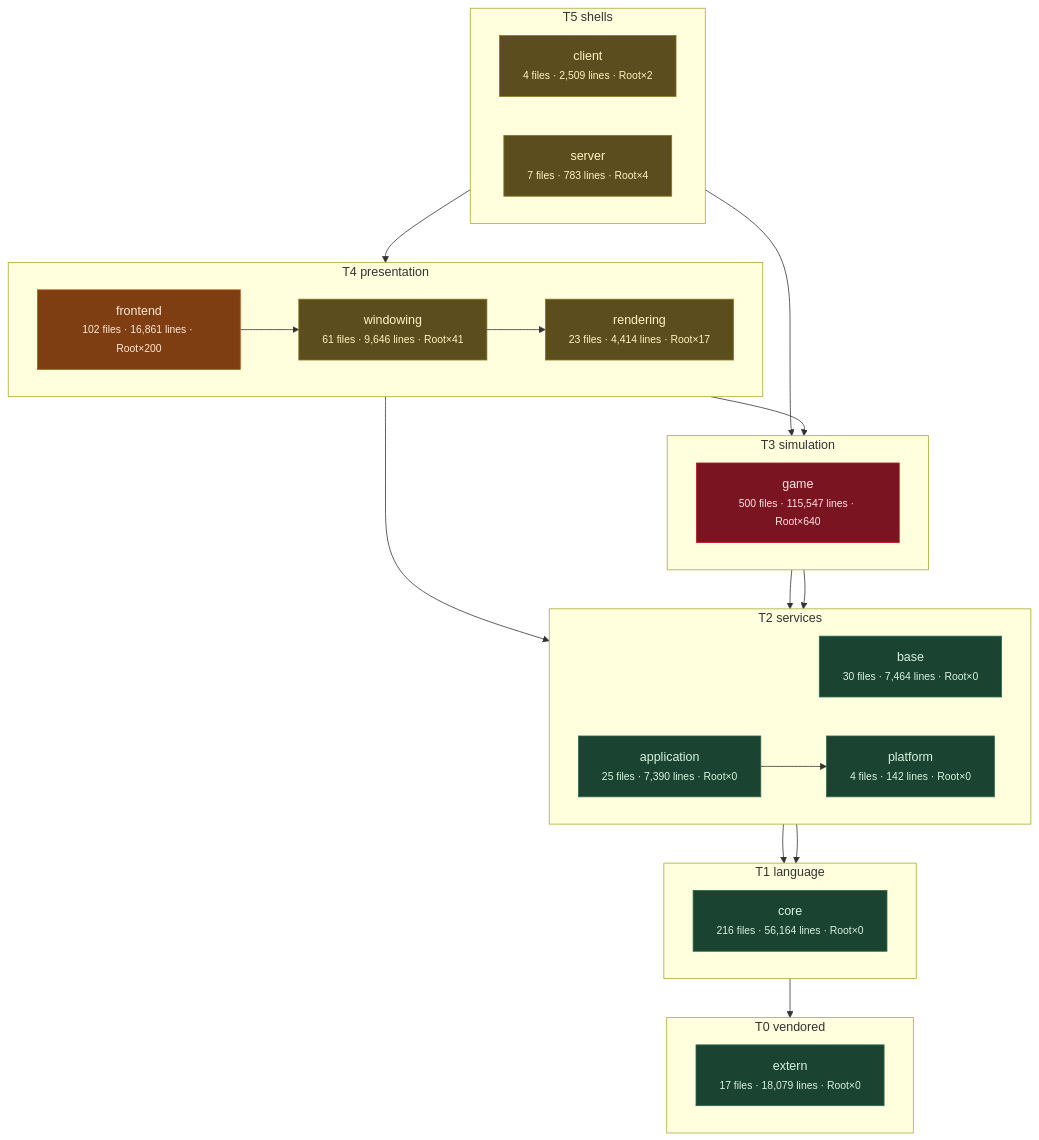
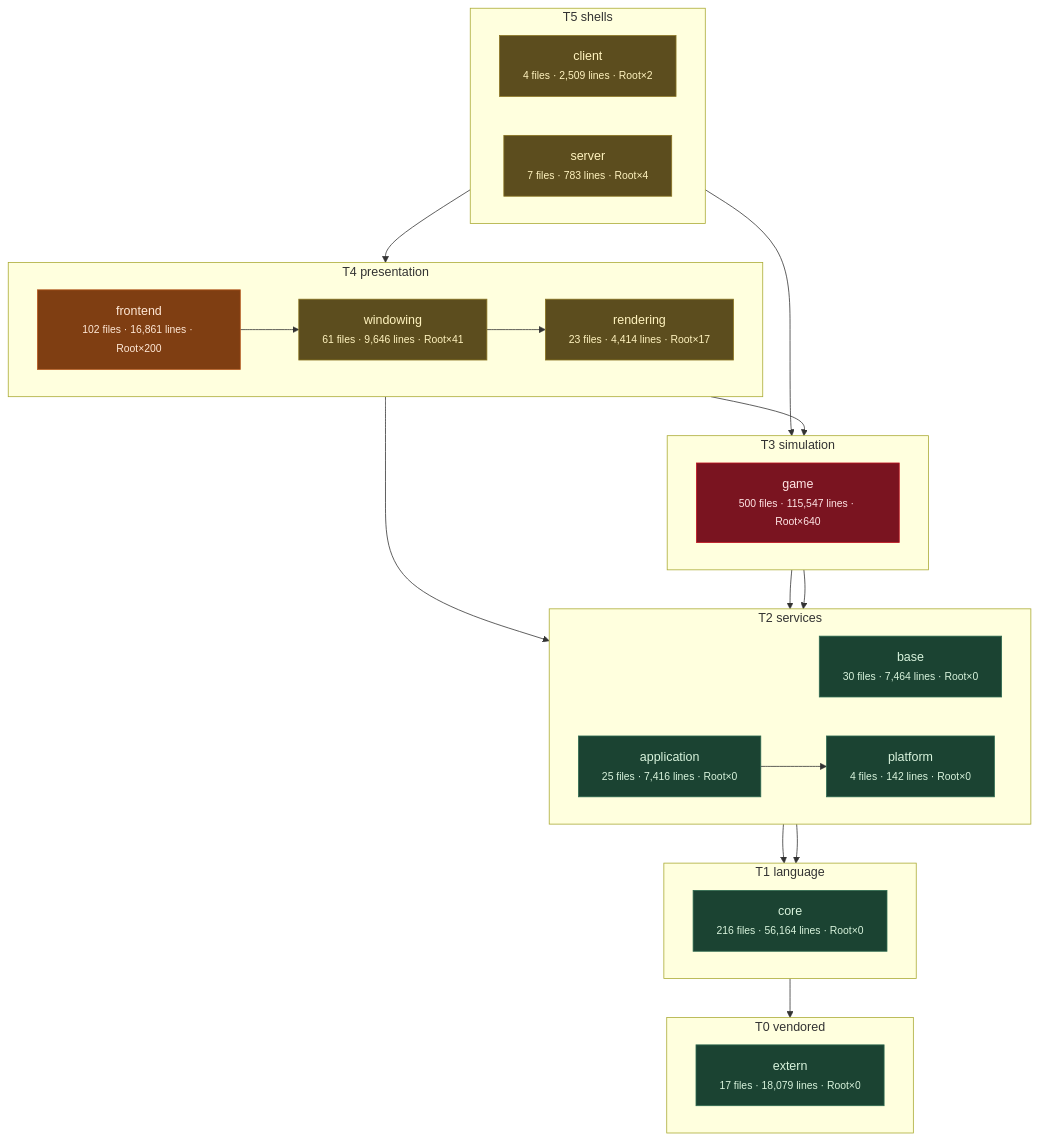
The third of 11 diagrams in docs/architecture/system-boundaries.md (apnex/OpenStarbound), drawn with Mermaid before and after one commit. The commit also changed other lines of this file and 2 other files, not shown here.

````diff
--- a/docs/architecture/system-boundaries.md
+++ b/docs/architecture/system-boundaries.md
@@ -270,52 +270,52 @@
 ```mermaid
 flowchart TD
   subgraph T0["T0 vendored"]
     direction LR
     extern["extern<br/><small>17 files · 18,079 lines · Root×0</small>"]
   end
   subgraph T1["T1 language"]
     direction LR
     core["core<br/><small>216 files · 56,164 lines · Root×0</small>"]
   end
   subgraph T2["T2 services"]
     direction LR
     base["base<br/><small>30 files · 7,464 lines · Root×0</small>"]
     platform["platform<br/><small>4 files · 142 lines · Root×0</small>"]
-    application["application<br/><small>25 files · 7,390 lines · Root×0</small>"]
+    application["application<br/><small>25 files · 7,416 lines · Root×0</small>"]
   end
   subgraph T3["T3 simulation"]
     direction LR
     game["game<br/><small>500 files · 115,547 lines · Root×640</small>"]
   end
   subgraph T4["T4 presentation"]
     direction LR
     rendering["rendering<br/><small>23 files · 4,414 lines · Root×17</small>"]
     windowing["windowing<br/><small>61 files · 9,646 lines · Root×41</small>"]
     frontend["frontend<br/><small>102 files · 16,861 lines · Root×200</small>"]
   end
   subgraph T5["T5 shells"]
     direction LR
     client["client<br/><small>4 files · 2,509 lines · Root×2</small>"]
     server["server<br/><small>7 files · 783 lines · Root×4</small>"]
   end
   core --> extern
   base --> core
   platform --> core
   application --> platform
   game --> base
   game --> platform
   rendering --> application
   rendering --> game
   windowing --> rendering
   frontend --> windowing
   client --> frontend
   server --> game
   classDef clean fill:#1b4332,stroke:#2d6a4f,color:#d8f3dc
   classDef warm  fill:#5c4d1e,stroke:#8a7420,color:#fff3bf
   classDef hot   fill:#7f3e12,stroke:#b5561b,color:#ffe8d6
   classDef blaze fill:#7a1420,stroke:#c1121f,color:#ffe5e5
   class extern,core,base,platform,application clean
   class rendering,windowing,client,server warm
   class frontend hot
   class game blaze
 ```
````
